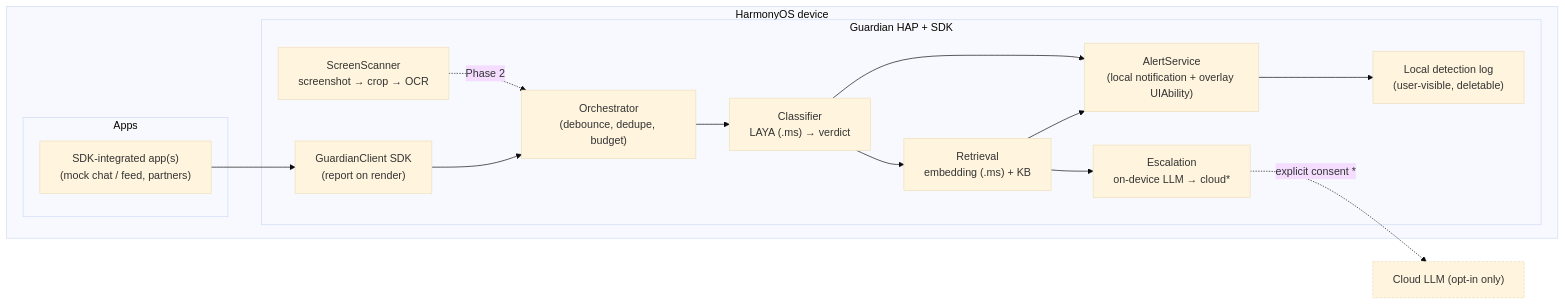
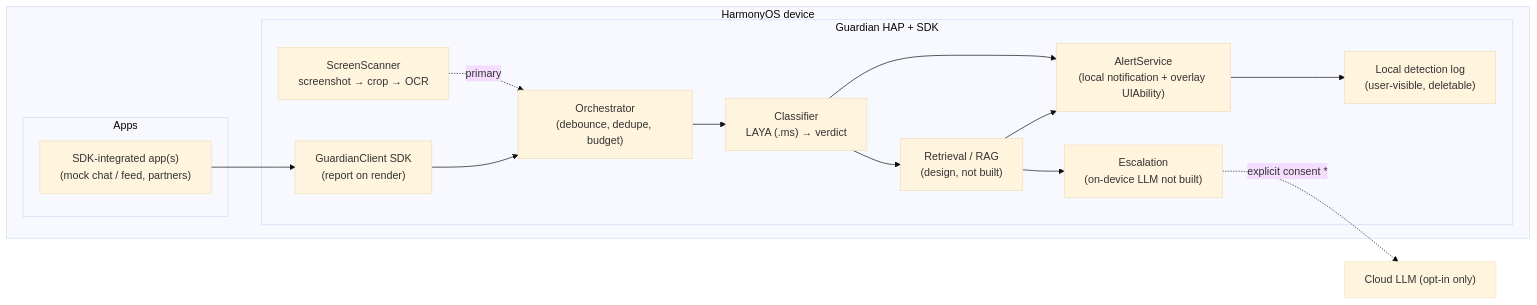
The diagram in DESIGN.md (jgeb28/hackyeah2026), drawn with Mermaid (base theme) before and after one commit. The commit also changed other lines of this file and 4 other files, not shown here.

````diff
--- a/DESIGN.md
+++ b/DESIGN.md
@@ -252,32 +249,32 @@
 ```mermaid
 flowchart LR
   subgraph Device["HarmonyOS device"]
     subgraph Apps["Apps"]
       Partner["SDK-integrated app(s)\n(mock chat / feed, partners)"]
     end
 
     subgraph Guardian["Guardian HAP + SDK"]
       SDK["GuardianClient SDK\n(report on render)"]
       OCR["ScreenScanner\nscreenshot → crop → OCR"]
       ORCH["Orchestrator\n(debounce, dedupe, budget)"]
       CLS["Classifier\nLAYA (.ms) → verdict"]
-      RAG["Retrieval\nembedding (.ms) + KB"]
-      ESC["Escalation\non-device LLM → cloud*"]
+      RAG["Retrieval / RAG\n(design, not built)"]
+      ESC["Escalation\n(on-device LLM not built)"]
       UI["AlertService\n(local notification + overlay UIAbility)"]
       LOG["Local detection log\n(user-visible, deletable)"]
     end
 
     Partner --> SDK
-    OCR -. Phase 2 .-> ORCH
+    OCR -. primary .-> ORCH
     SDK --> ORCH
     ORCH --> CLS --> RAG
     CLS --> UI
     RAG --> ESC
     RAG --> UI
     UI --> LOG
   end
   ESC -. explicit consent * .-> Cloud["Cloud LLM (opt-in only)"]
 
   classDef optin stroke-dasharray: 4 2;
   class Cloud optin;
 ```
````
